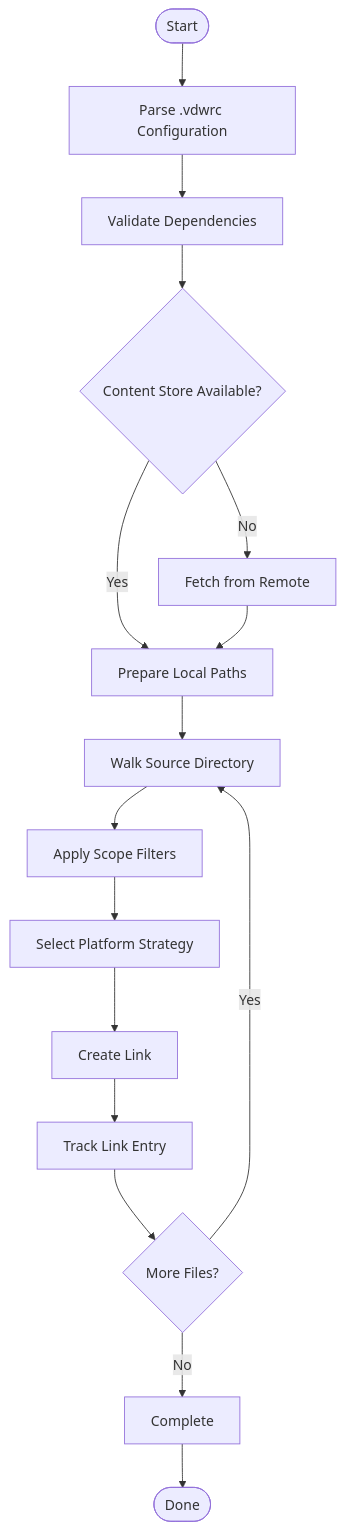
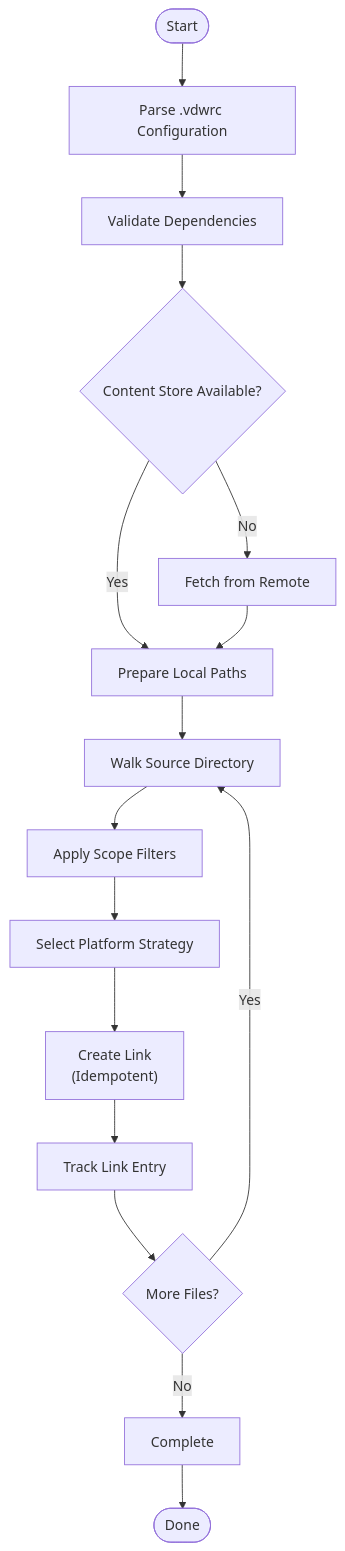
The third of 6 diagrams in .qoder/repowiki/en/content/Core Features Documentation/Link Engine & Logical Workspace Construction.md (HWH-2019/vdw), drawn with Mermaid before and after one commit. The commit also changed other lines of this file and 14 other files, not shown here.

````diff
--- a/.qoder/repowiki/en/content/Core Features Documentation/Link Engine & Logical Workspace Construction.md
+++ b/.qoder/repowiki/en/content/Core Features Documentation/Link Engine & Logical Workspace Construction.md
@@ -155,18 +160,18 @@
 ```mermaid
 flowchart TD
 Start(["Start"]) --> Parse["Parse .vdwrc Configuration"]
 Parse --> Validate["Validate Dependencies"]
 Validate --> CheckStore{"Content Store Available?"}
 CheckStore --> |Yes| PrepareFS["Prepare Local Paths"]
 CheckStore --> |No| Fetch["Fetch from Remote"]
 Fetch --> PrepareFS
 PrepareFS --> Walk["Walk Source Directory"]
 Walk --> Filter["Apply Scope Filters"]
 Filter --> Strategy["Select Platform Strategy"]
-Strategy --> Create["Create Link"]
+Strategy --> Create["Create Link<br/>(Idempotent)"]
 Create --> Track["Track Link Entry"]
 Track --> Next{"More Files?"}
 Next --> |Yes| Walk
 Next --> |No| Complete["Complete"]
 Complete --> End(["Done"])
 ```
````
